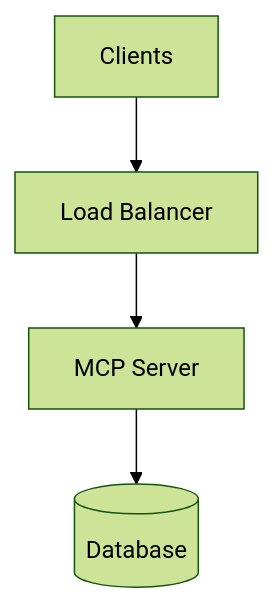
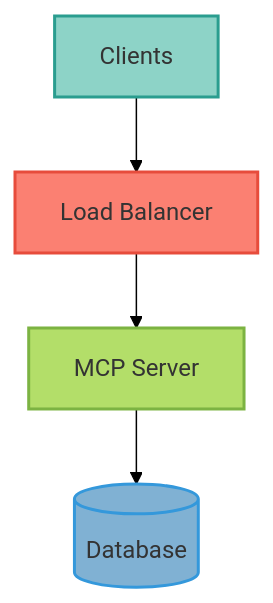
Before and after one commit to vishnu2kmohan/mcp-server-langgraph: the diagram in docs/.mintlify/templates/deployment-template.mdx, drawn with Mermaid (forest theme). The commit also changed other lines of this file and 20 other files, not shown here.

First line of the commit message:
feat(docs): complete Mermaid diagram optimization - dark mode + ASCII conversions

````diff
--- a/docs/.mintlify/templates/deployment-template.mdx
+++ b/docs/.mintlify/templates/deployment-template.mdx
@@ -92,6 +92,16 @@
 ```mermaid
 graph TB
     Client[Clients] --> LB[Load Balancer]
     LB --> App[MCP Server]
     App --> DB[(Database)]
+
+    classDef clientStyle fill:#8dd3c7,stroke:#2a9d8f,stroke-width:2px,color:#333
+    classDef lbStyle fill:#fb8072,stroke:#e74c3c,stroke-width:2px,color:#333
+    classDef appStyle fill:#b3de69,stroke:#7cb342,stroke-width:2px,color:#333
+    classDef dataStyle fill:#80b1d3,stroke:#3498db,stroke-width:2px,color:#333
+
+    class Client clientStyle
+    class LB lbStyle
+    class App appStyle
+    class DB dataStyle
 ```
````
